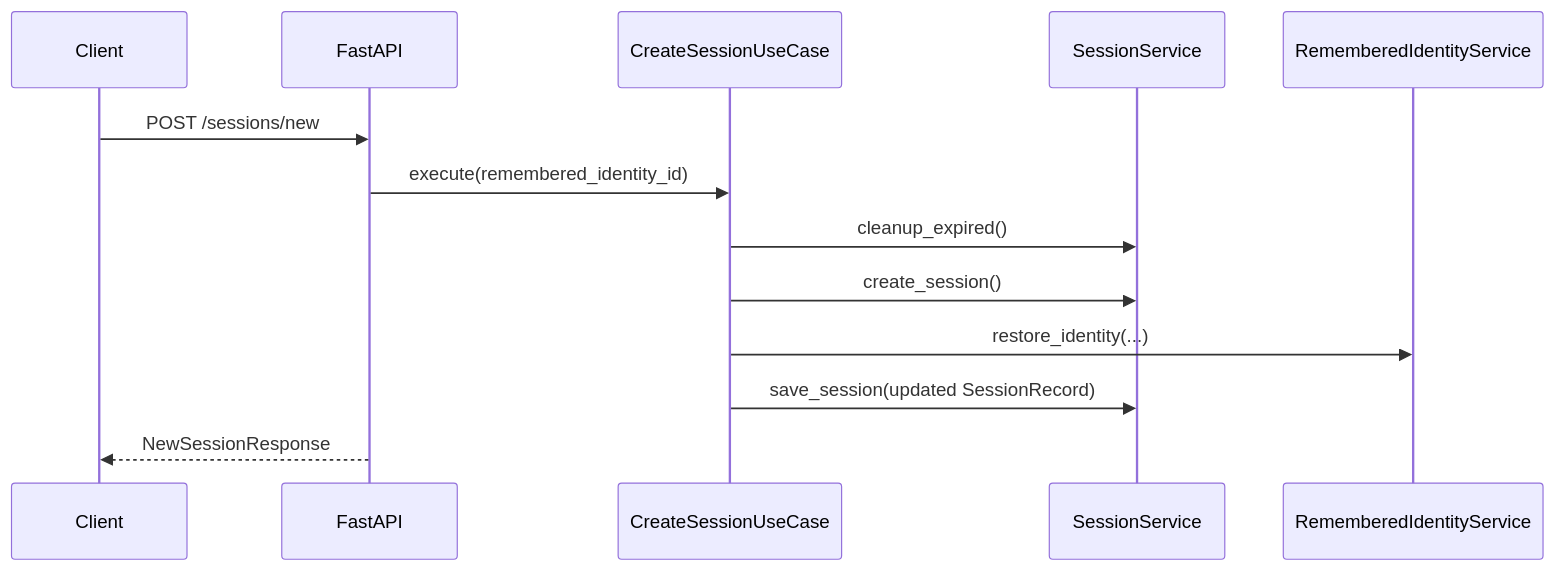
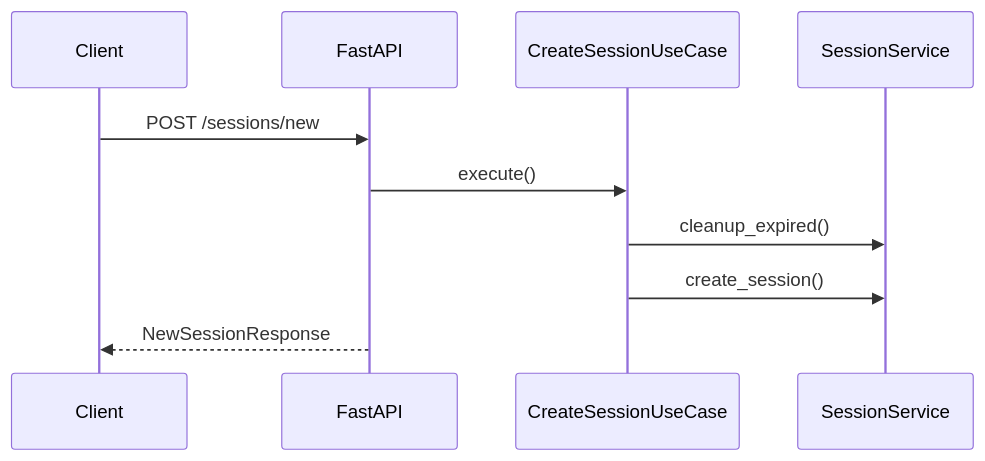
One commit to ktakanopy/appointment-bot changed the third of 4 diagrams in docs/architecture.md. Above: the diagram before and after it, drawn with Mermaid. The commit also changed other lines of this file and 47 other files, not shown here.

First line of the commit message:
Remove remembered identity from delivered scope

````diff
--- a/docs/architecture.md
+++ b/docs/architecture.md
@@ -143,16 +139,13 @@
 ```mermaid
 sequenceDiagram
     participant client as Client
     participant api as FastAPI
     participant uc as CreateSessionUseCase
     participant sessionSvc as SessionService
-    participant identitySvc as RememberedIdentityService
 
     client->>api: POST /sessions/new
-    api->>uc: execute(remembered_identity_id)
+    api->>uc: execute()
     uc->>sessionSvc: cleanup_expired()
     uc->>sessionSvc: create_session()
-    uc->>identitySvc: restore_identity(...)
-    uc->>sessionSvc: save_session(updated SessionRecord)
     api-->>client: NewSessionResponse
 ```
````
